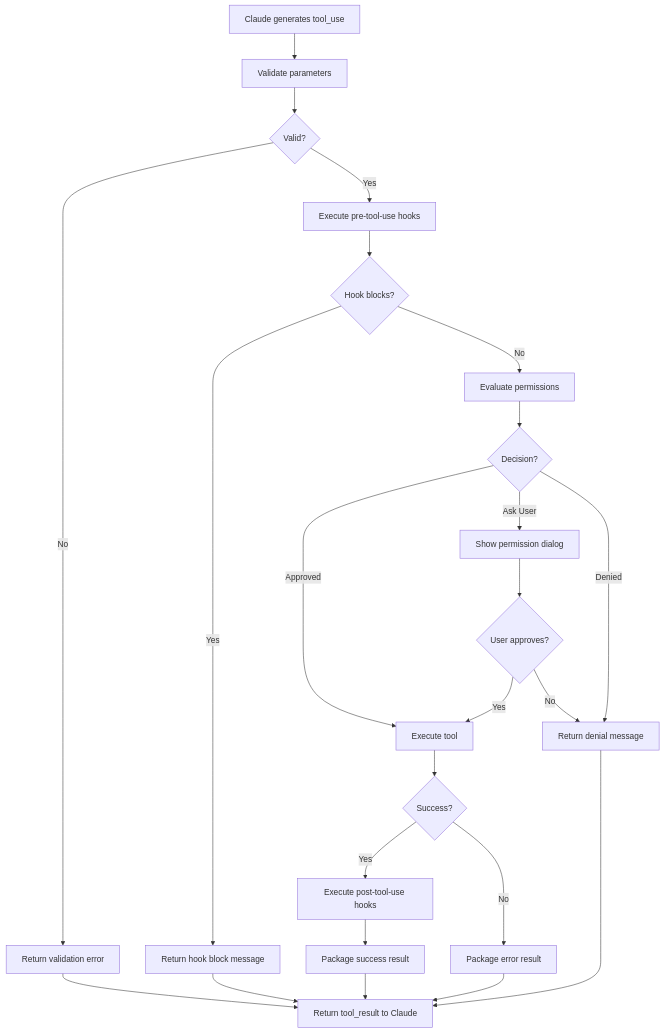
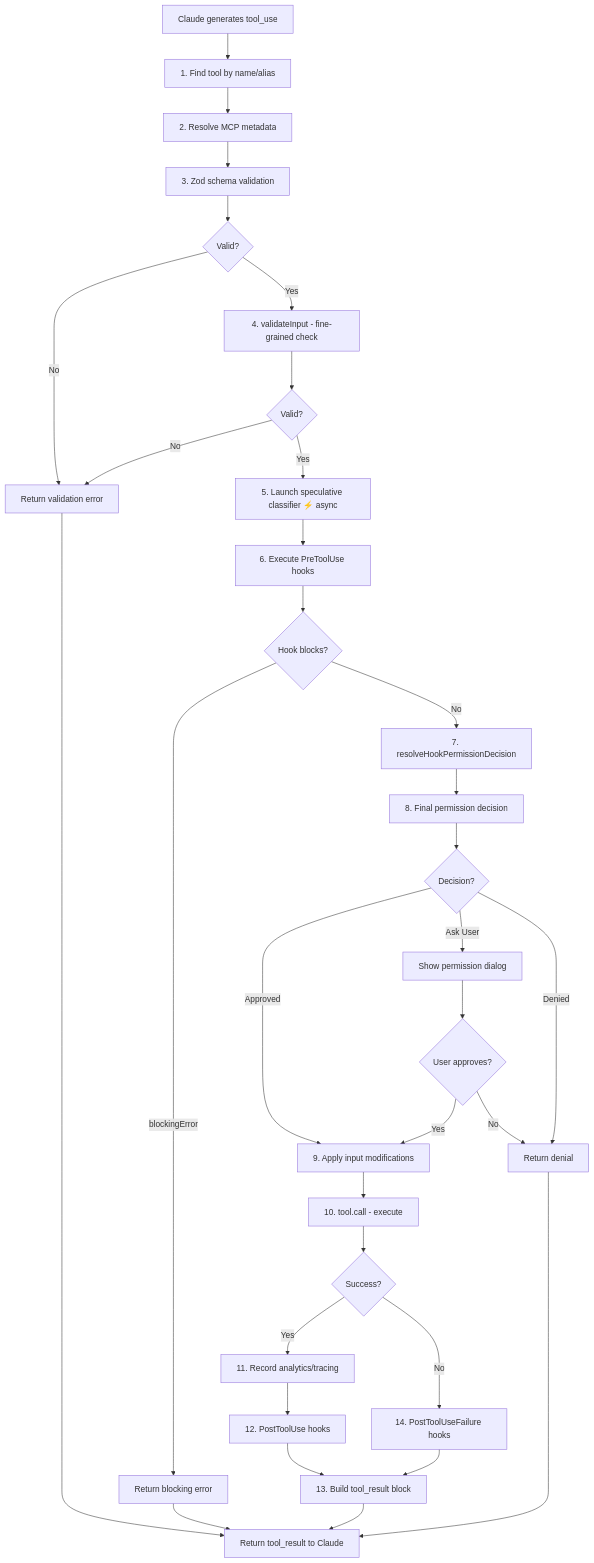
Before and after one commit to tiltwind/claude-code-doc: the diagram in prd/procedures/core/tool-system/procedure-tool-execution.md, drawn with Mermaid. The commit also changed other lines of this file and 16 other files, not shown here.

````diff
--- a/prd/procedures/core/tool-system/procedure-tool-execution.md
+++ b/prd/procedures/core/tool-system/procedure-tool-execution.md
@@ -88,26 +158,35 @@
 ```mermaid
 flowchart TD
-    A[Claude generates tool_use] --> B[Validate parameters]
-    B --> C{Valid?}
-    C -->|No| D[Return validation error]
-    C -->|Yes| E[Execute pre-tool-use hooks]
-    E --> F{Hook blocks?}
-    F -->|Yes| G[Return hook block message]
-    F -->|No| H[Evaluate permissions]
-    H --> I{Decision?}
-    I -->|Approved| J[Execute tool]
-    I -->|Ask User| K[Show permission dialog]
-    I -->|Denied| L[Return denial message]
-    K --> M{User approves?}
-    M -->|Yes| J
-    M -->|No| L
-    J --> N{Success?}
-    N -->|Yes| O[Execute post-tool-use hooks]
-    N -->|No| P[Package error result]
-    O --> Q[Package success result]
-    P --> R[Return tool_result to Claude]
-    Q --> R
-    D --> R
-    G --> R
-    L --> R
+    A[Claude generates tool_use] --> B[1. Find tool by name/alias]
+    B --> C[2. Resolve MCP metadata]
+    C --> D[3. Zod schema validation]
+    D --> E{Valid?}
+    E -->|No| F[Return validation error]
+    E -->|Yes| G[4. validateInput - fine-grained check]
+    G --> H{Valid?}
+    H -->|No| F
+    H -->|Yes| I[5. Launch speculative classifier ⚡ async]
+    I --> J[6. Execute PreToolUse hooks]
+    J --> K{Hook blocks?}
+    K -->|blockingError| L[Return blocking error]
+    K -->|No| M[7. resolveHookPermissionDecision]
+    M --> N[8. Final permission decision]
+    N --> O{Decision?}
+    O -->|Approved| P[9. Apply input modifications]
+    O -->|Ask User| Q[Show permission dialog]
+    O -->|Denied| R[Return denial]
+    Q --> S{User approves?}
+    S -->|Yes| P
+    S -->|No| R
+    P --> T[10. tool.call - execute]
+    T --> U{Success?}
+    U -->|Yes| V[11. Record analytics/tracing]
+    U -->|No| W[14. PostToolUseFailure hooks]
+    V --> X[12. PostToolUse hooks]
+    X --> Y[13. Build tool_result block]
+    W --> Y
+    Y --> Z[Return tool_result to Claude]
+    F --> Z
+    L --> Z
+    R --> Z
 ```
````
